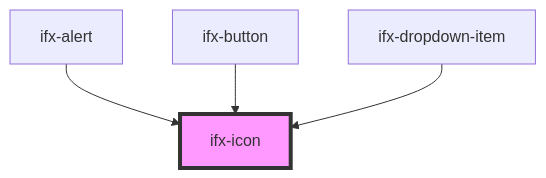
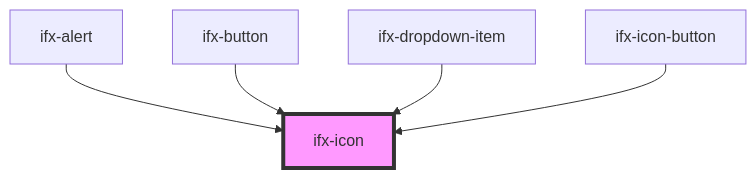
The diagram in src/components/icon/readme.md (Infineon/infineon-design-system-stencil), drawn with Mermaid before and after one commit. The commit also changed other lines of this file and 8 other files, not shown here.

Commit message:
ifx-icon-button

````diff
--- a/src/components/icon/readme.md
+++ b/src/components/icon/readme.md
@@ -25,7 +26,8 @@
 ```mermaid
 graph TD;
   ifx-alert --> ifx-icon
   ifx-button --> ifx-icon
   ifx-dropdown-item --> ifx-icon
+  ifx-icon-button --> ifx-icon
   style ifx-icon fill:#f9f,stroke:#333,stroke-width:4px
 ```
````
